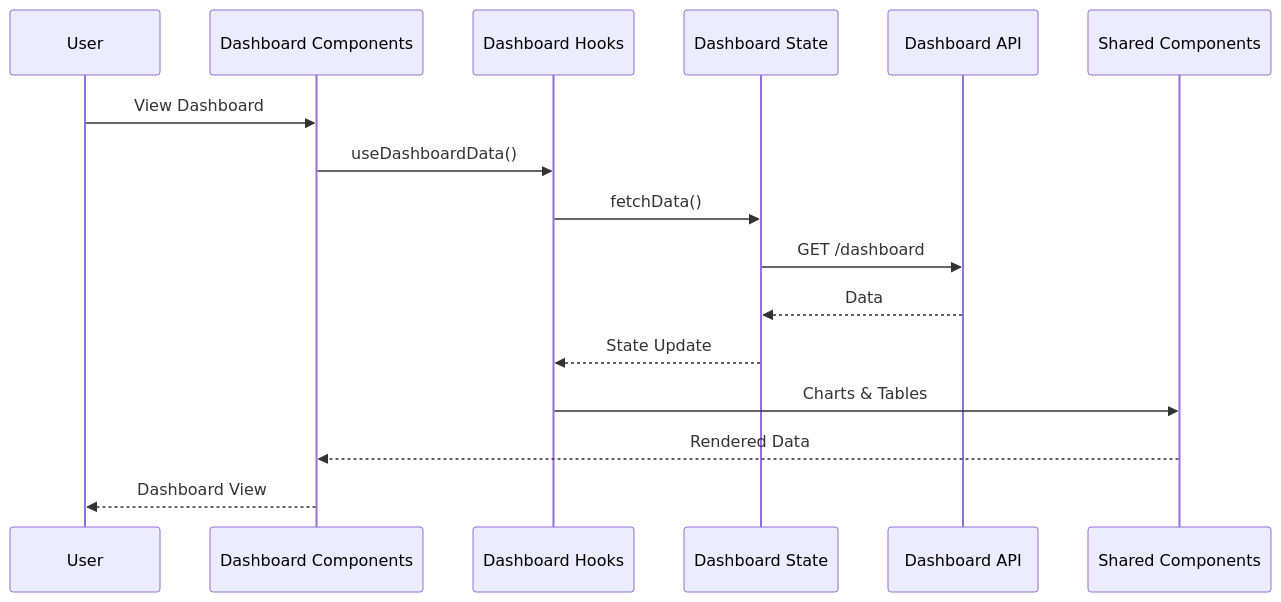
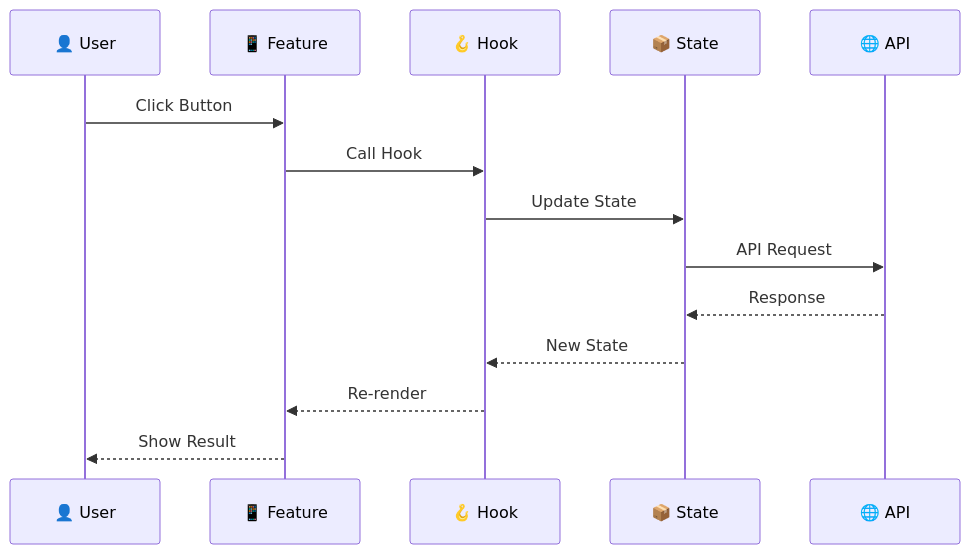
Before and after one commit to sep490-drivemate-system/webapp: the third of 17 diagrams in README.md, drawn with Mermaid. The commit also changed other lines of this file and 1 other file, not shown here.

````diff
--- a/README.md
+++ b/README.md
@@ -127,19 +86,17 @@
 ```mermaid
 sequenceDiagram
-    participant U as User
-    participant DashboardUI as Dashboard Components
-    participant DashboardHook as Dashboard Hooks
-    participant DashboardState as Dashboard State
-    participant DashboardAPI as Dashboard API
-    participant Shared as Shared Components
+    participant U as 👤 User
+    participant F as 📱 Feature
+    participant H as 🪝 Hook
+    participant S as 📦 State
+    participant A as 🌐 API
 
-    U->>DashboardUI: View Dashboard
-    DashboardUI->>DashboardHook: useDashboardData()
-    DashboardHook->>DashboardState: fetchData()
-    DashboardState->>DashboardAPI: GET /dashboard
-    DashboardAPI-->>DashboardState: Data
-    DashboardState-->>DashboardHook: State Update
-    DashboardHook->>Shared: Charts & Tables
-    Shared-->>DashboardUI: Rendered Data
-    DashboardUI-->>U: Dashboard View
+    U->>F: Click Button
+    F->>H: Call Hook
+    H->>S: Update State
+    S->>A: API Request
+    A-->>S: Response
+    S-->>H: New State
+    H-->>F: Re-render
+    F-->>U: Show Result
 ```
````
